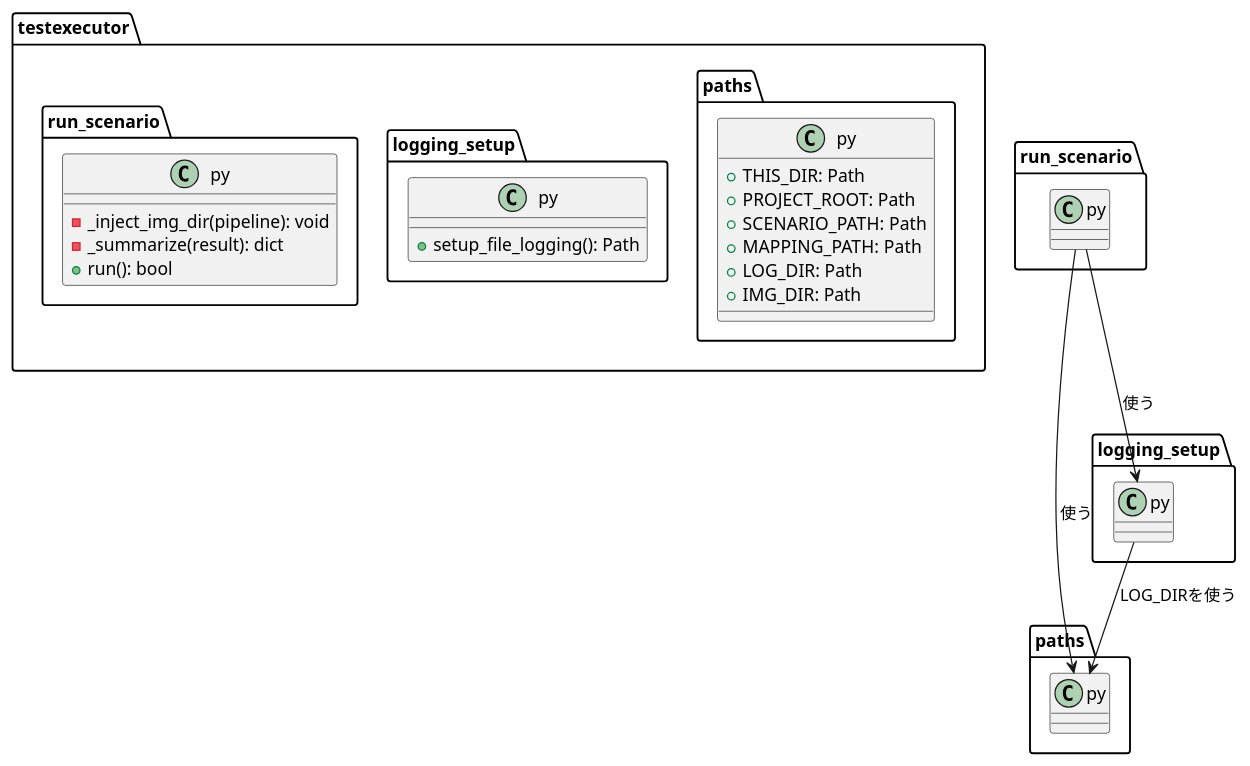
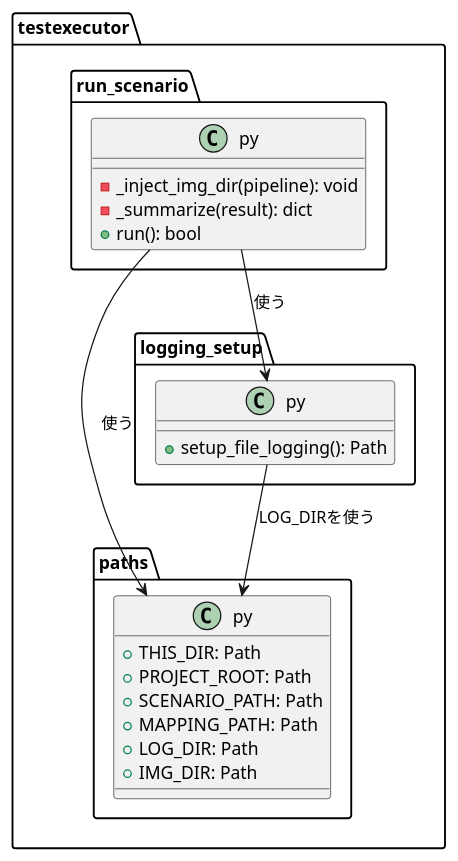
One commit to tygff422/scenario_test changed the diagram in 01_docs/worklog/2026-08-29_paths_diagram.puml. Above: the diagram before and after it, drawn with PlantUML.

Commit message:
2026-08-29_paths_diagram.puml: package内の関連線をpackageの外に書いていたため図が二重表示されていたのを修正
class宣言はpackage "testexecutor" { }の中、関連線(-->)はpackageの外、という
書き方だとPlantUMLが同名の別クラスとして扱ってしまい、中身入りの箱と矢印だけの
箱が別々に描画されていた。関連線もpackageの中に移動して解消。
併せて@startumlに図名を付与（lint警告の解消）。

```diff
--- a/01_docs/worklog/2026-08-29_paths_diagram.puml
+++ b/01_docs/worklog/2026-08-29_paths_diagram.puml
@@ -1,23 +1,24 @@
-@startuml
+@startuml paths_and_logging_setup
 package "testexecutor" {
   class paths.py {
     +THIS_DIR: Path
     +PROJECT_ROOT: Path
     +SCENARIO_PATH: Path
     +MAPPING_PATH: Path
     +LOG_DIR: Path
     +IMG_DIR: Path
   }
   class logging_setup.py {
     +setup_file_logging(): Path
   }
   class run_scenario.py {
     -_inject_img_dir(pipeline): void
     -_summarize(result): dict
     +run(): bool
   }
+
+  run_scenario.py --> paths.py : 使う
+  run_scenario.py --> logging_setup.py : 使う
+  logging_setup.py --> paths.py : LOG_DIRを使う
 }
-run_scenario.py --> paths.py : 使う
-run_scenario.py --> logging_setup.py : 使う
-logging_setup.py --> paths.py : LOG_DIRを使う
 @enduml
```
